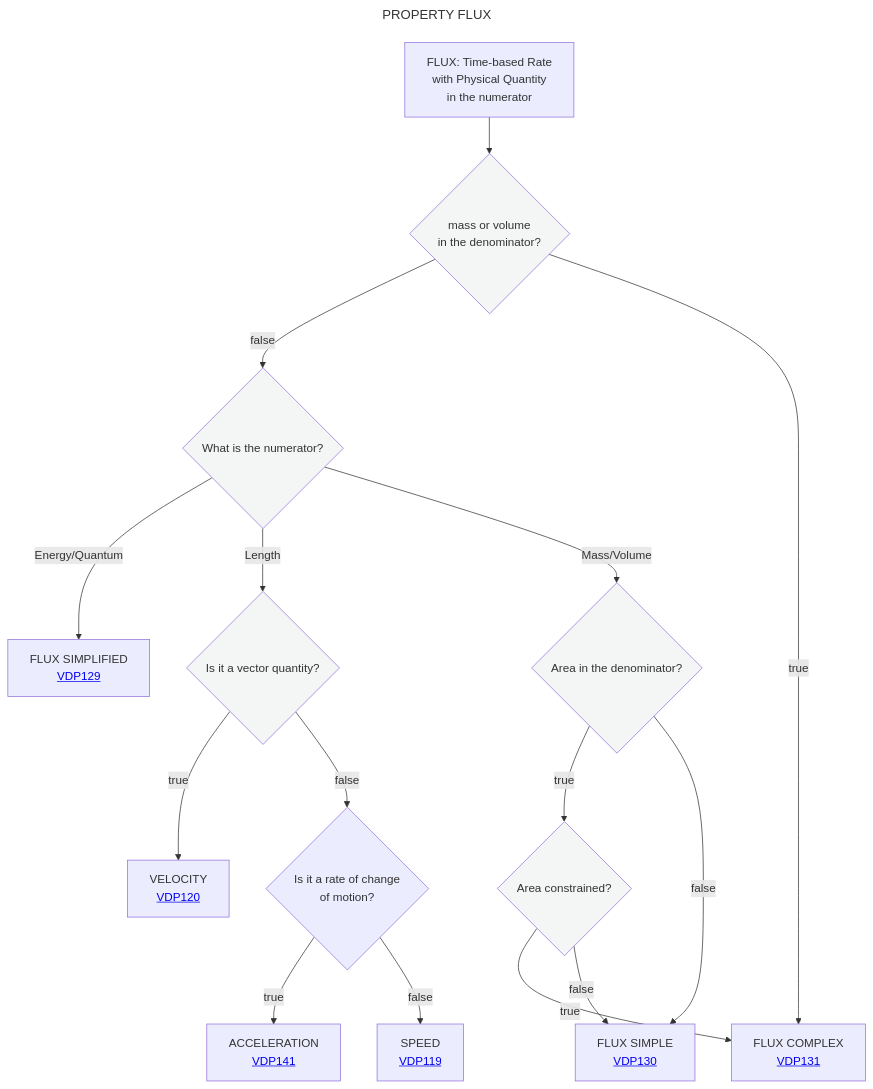
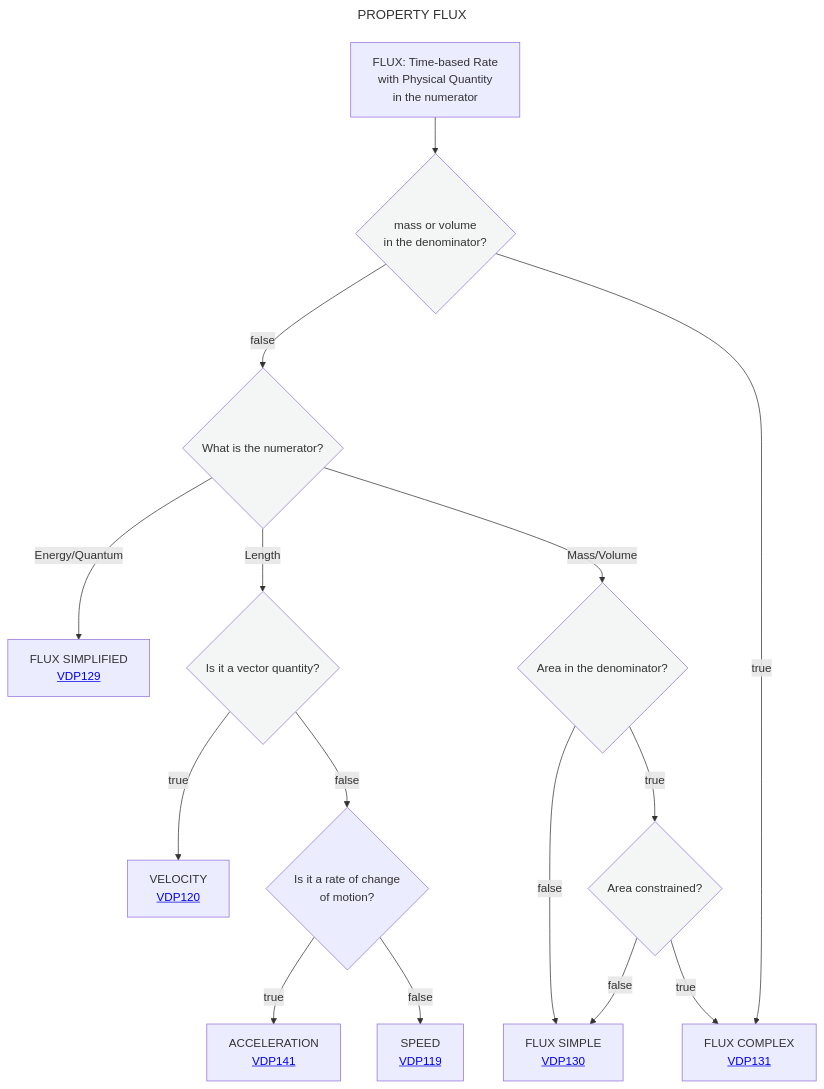
Before and after one commit to mabablue/I-ADOPT-patterns-playground: the diagram in Decisition_trees/DT4.mmd, drawn with Mermaid. The commit also changed other lines of this file, not shown here.

```diff
--- a/Decisition_trees/DT4.mmd
+++ b/Decisition_trees/DT4.mmd
@@ -1,22 +1,22 @@
 ---
 title: PROPERTY FLUX
 ---
 flowchart TD
     A[FLUX: Time-based Rate <br> with Physical Quantity <br> in the numerator] --> B{mass or volume <br> in the denominator?}:::white
     B --> |false|C{What is the numerator?}:::white
     C -- Energy/Quantum--> D[FLUX SIMPLIFIED <br> <a href='https://github.com/mabablue/I-ADOPT-patterns-playground/blob/main/pattern/VDP129.yaml'>VDP129</a>]
     C -- Length --> E{Is it a vector quantity?}:::white
     E --> |true|J[VELOCITY <br> <a href='https://github.com/mabablue/I-ADOPT-patterns-playground/blob/main/pattern/VDP120.yaml'>VDP120</a] 
     E --> |false|K{Is it a rate of change <br> of motion?}
     K --> |true|L[ACCELERATION <br> <a href='https://github.com/mabablue/I-ADOPT-patterns-playground/blob/main/pattern/VDP141.yaml'>VDP141</a] 
     K --> |false|M[SPEED <br> <a href='https://github.com/mabablue/I-ADOPT-patterns-playground/blob/main/pattern/VDP119.yaml'>VDP119</a] 
     C -- Mass/Volume --> F{Area in the denominator?}:::white
+    F --> |false|I[FLUX SIMPLE <br> <a href='https://github.com/mabablue/I-ADOPT-patterns-playground/blob/main/pattern/VDP130.yaml'>VDP130</a>]
     F --> |true|G{Area constrained?}:::white 
-    F --> |false|I[FLUX SIMPLE <br> <a href='https://github.com/mabablue/I-ADOPT-patterns-playground/blob/main/pattern/VDP130.yaml'>VDP130</a>]
     G --> |true|H[FLUX COMPLEX <br> <a href='https://github.com/mabablue/I-ADOPT-patterns-playground/blob/main/pattern/VDP131.yaml'>VDP131</a>]
     G --> |false|I
     B --> |true|H
    classDef blue fill:#90D5FF
    classDef satblue fill:#57B9FF 
    classDef white fill:#f3f6f4
    classDef green fill:#6aa84f
```
